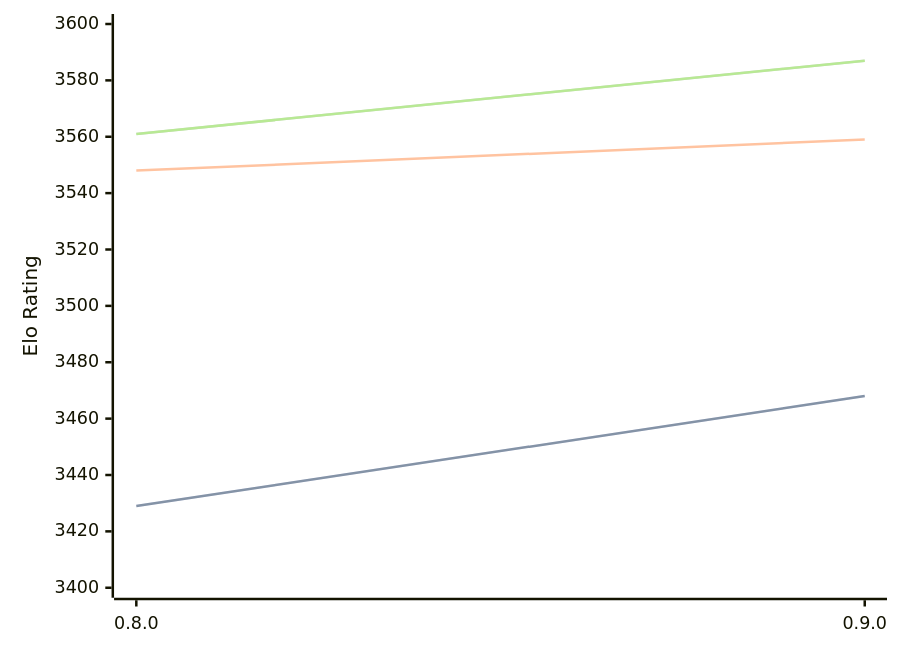
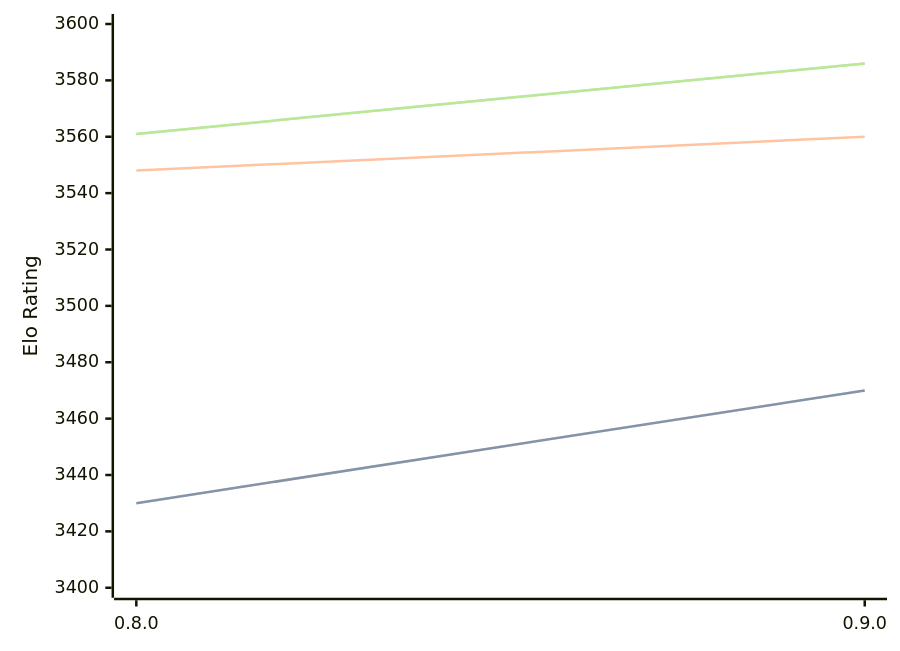
One commit to computer-chess-index/cci changed the third of 3 diagrams in engines/Reckless.md. Above: the diagram before and after it, drawn with Mermaid. The commit also changed other lines of this file, not shown here.

Commit message:
Update CCI Ratings (ELO VLTC) - 2026-07-02

````diff
--- a/engines/Reckless.md
+++ b/engines/Reckless.md
@@ -72,11 +72,11 @@
 ```mermaid
 %%{init: {"theme":"base","themeVariables":{"seriesColors:['#a3a3a3','#222221','#faa371']}}}%%
 xychart-beta
   x-axis ["0.8.0", "0.9.0"]
   y-axis "Elo Rating" 3400 --> 3600
-  line "STC (8.0+0.08s)" [3429, 3468]
-  line "STC (8.0+0.08s)" [3429, 3468]
-  line "LTC (60.0+0.60s)" [3548, 3559]
-  line "VLTC (2m24s+1.12s)" [3561, 3587]
-  line "VLTC (2m24s+1.12s)" [3561, 3587]
+  line "STC (8.0+0.08s)" [3430, 3470]
+  line "STC (8.0+0.08s)" [3430, 3470]
+  line "LTC (60.0+0.60s)" [3548, 3560]
+  line "VLTC (2m24s+1.12s)" [3561, 3586]
+  line "VLTC (2m24s+1.12s)" [3561, 3586]
 ```
````
